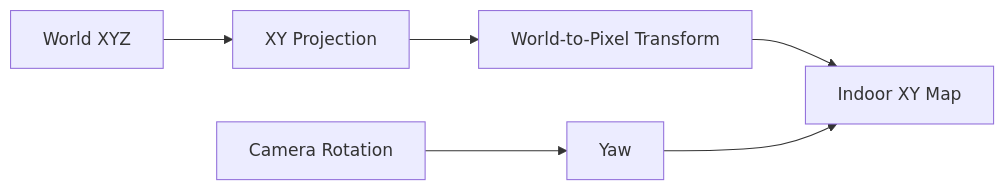
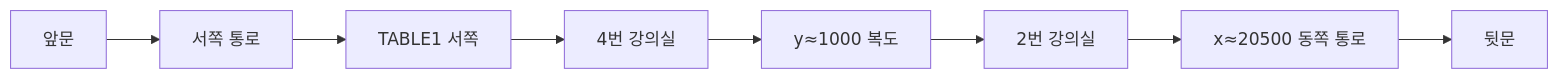
One commit to JIWOO1127/machine-vision1 changed the ninth of 13 diagrams in ArUco/README.md. Above: the diagram before and after it, drawn with Mermaid. The commit also changed other lines of this file and 10 other files, not shown here.

````diff
--- a/ArUco/README.md
+++ b/ArUco/README.md
@@ -483,8 +324,10 @@
 ```mermaid
 flowchart LR
-    A[World XYZ] --> B[XY Projection]
-    B --> C[World-to-Pixel Transform]
-    C --> D[Indoor XY Map]
-    E[Camera Rotation] --> F[Yaw]
-    F --> D
+    A["앞문"] --> B["서쪽 통로"]
+    B --> C["TABLE1 서쪽"]
+    C --> D["4번 강의실"]
+    D --> E["y≈1000 복도"]
+    E --> F["2번 강의실"]
+    F --> G["x≈20500 동쪽 통로"]
+    G --> H["뒷문"]
 ```
````
